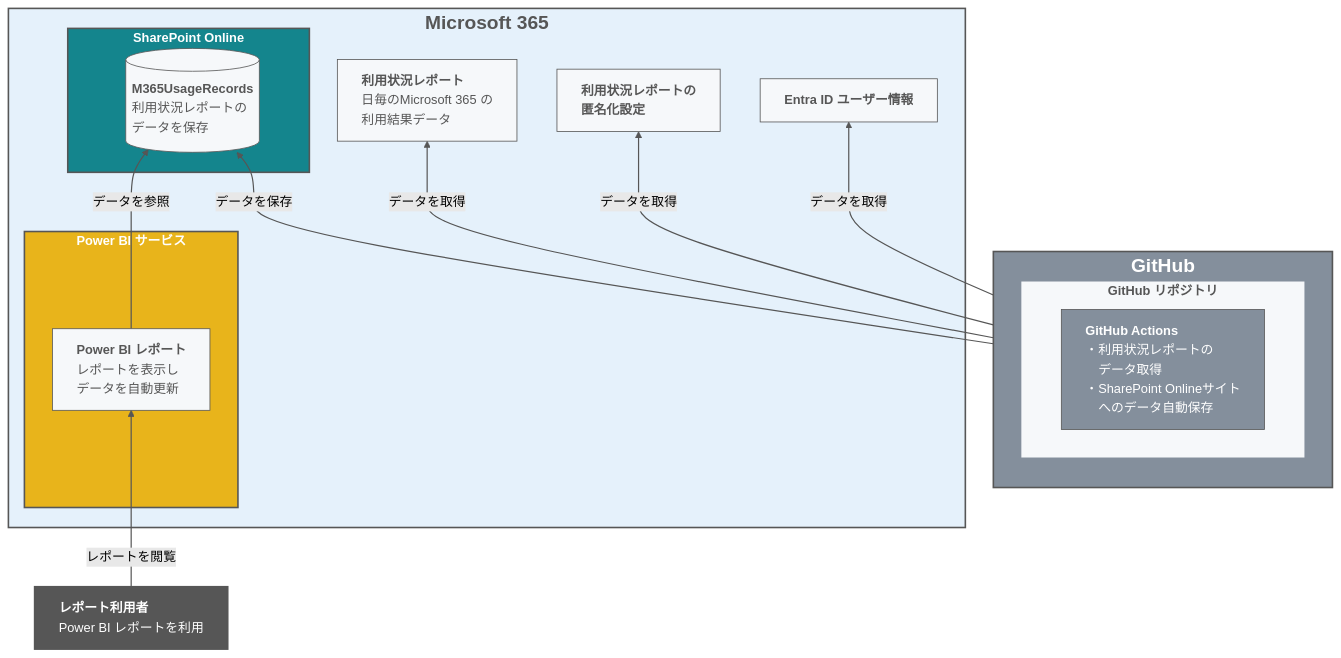
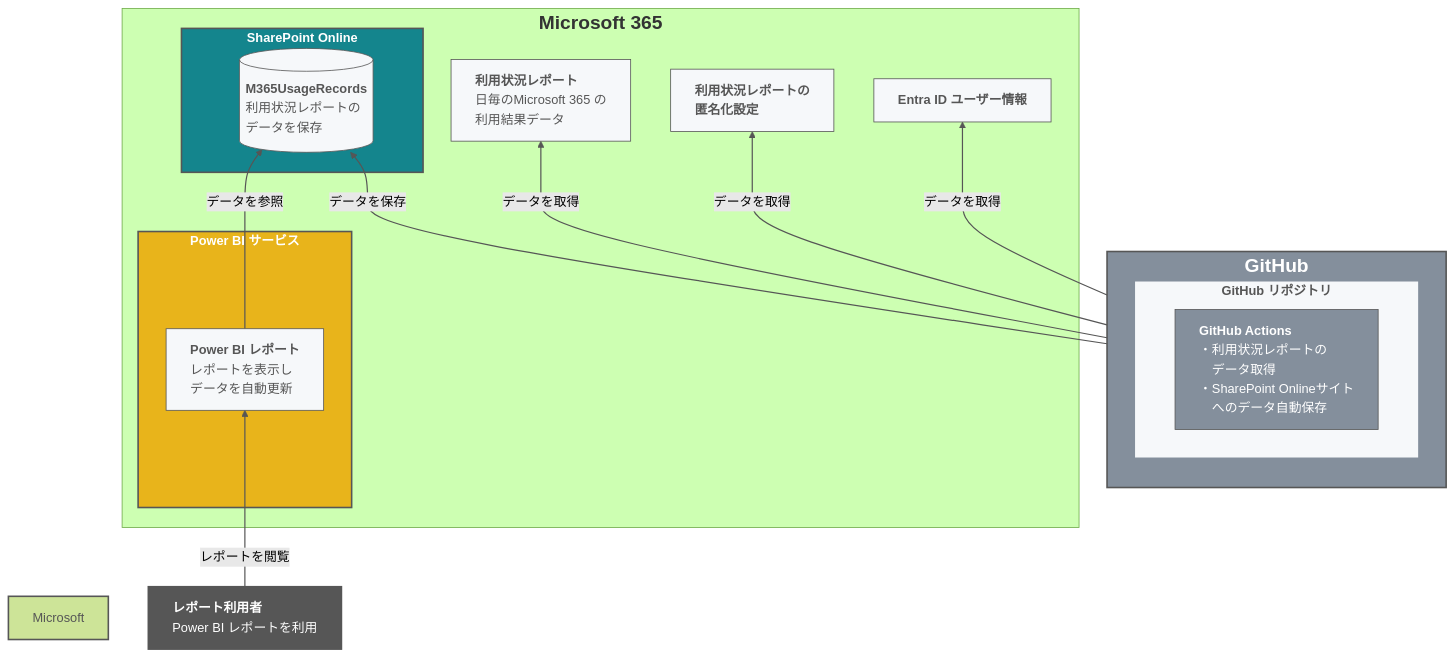
Before and after one commit to ntc-uchida-co-jp/ms-giga-usage-report: the diagram in README.md, drawn with Mermaid (forest theme). The commit also changed other lines of this file and 99 other files, not shown here.

````diff
--- a/README.md
+++ b/README.md
@@ -60,52 +59,52 @@
 ```mermaid
 graph BT
-    subgraph Microsoft365 ["<div style='font-size:24px;'><b>Microsoft 365</b></div>"]
+    subgraph Microsoft 365 ["<div style='font-size:24px;'><b>Microsoft 365</b></div>"]
         usageReport["<div style='text-align: left;'><b>利用状況レポート</b><br>日毎のMicrosoft 365 の<br>利用結果データ</div>"]
         style usageReport fill:#F6F8FA,stroke:#565656,stroke-width:1px,color:#565656
 
         usageReportSetting["<div style='text-align: left;'><b>利用状況レポートの<br>匿名化設定</b></div>"]
         style usageReportSetting fill:#F6F8FA,stroke:#565656,stroke-width:1px,color:#565656
 
         UserData["<div style='text-align: left;'><b>Entra ID ユーザー情報</b></div>"]
         style UserData fill:#F6F8FA,stroke:#565656,stroke-width:1px,color:#565656
 
         subgraph SharePoint ["<b>SharePoint Online</b>"]
             usageRecords[("<div style='text-align: left;'><b>M365UsageRecords</b><br>利用状況レポートの<br>データを保存</div>")]
             style usageRecords fill:#F6F8FA,stroke:#565656,stroke-width:1px,color:#565656
         end
         style SharePoint fill:#14858d,stroke:#565656,stroke-width:2px,color:#fff
 
         subgraph PowerBIService ["<b>Power BI サービス</b>"]
             powerBIReport["<div style='text-align: left;'><b>Power BI レポート</b><br>レポートを表示し<br>データを自動更新</div>"]
             style powerBIReport fill:#F6F8FA,stroke:#565656,stroke-width:1px,color:#565656
         end
         style PowerBIService fill:#e8b41b,stroke:#565656,stroke-width:2px,color:#fff
 
     end
-    style Microsoft365 fill:#E5F1FB,stroke:#565656,stroke-width:2px,color:#565656
+    style Microsoft 365 fill:#E5F1FB,stroke:#565656,stroke-width:2px,color:#565656
 
     subgraph GitHub ["<div style='font-size:24px;'><b>GitHub</b></div>"]
         subgraph githubRepo ["<b>GitHub リポジトリ</b>"]
             githubActions["<div style='text-align: left;'><b>GitHub Actions</b><br>・利用状況レポートの<br>　データ取得<br>・SharePoint Onlineサイト<br>　へのデータ自動保存</div>"]
             style githubActions fill:#848F9C,stroke:#565656,stroke-width:1px,color:#fff
         end
         style githubRepo fill:#F6F8FA,stroke:#565656,stroke-width:0px,color:#565656
     end
     style GitHub fill:#848F9C,stroke:#565656,stroke-width:2px,color:#fff
 
     user["<div style='text-align: left;'><b>レポート利用者</b><br>Power BI レポートを利用</div>"]
     style user fill:#565656,stroke:#565656,stroke-width:2px,color:#fff
 
     GitHub -->|データを取得| usageReport
     GitHub -->|データを取得| usageReportSetting
     GitHub -->|データを取得| UserData
     GitHub -->|データを保存| usageRecords
     powerBIReport -->|データを参照| usageRecords
     user -->|レポートを閲覧| powerBIReport
     linkStyle 0 stroke:#565656, stroke-width:1.5px;
     linkStyle 1 stroke:#565656, stroke-width:1.5px;
     linkStyle 2 stroke:#565656, stroke-width:1.5px;
     linkStyle 3 stroke:#565656, stroke-width:1.5px;
     linkStyle 4 stroke:#565656, stroke-width:1.5px;
     linkStyle 5 stroke:#565656, stroke-width:1.5px;
 ```
````
